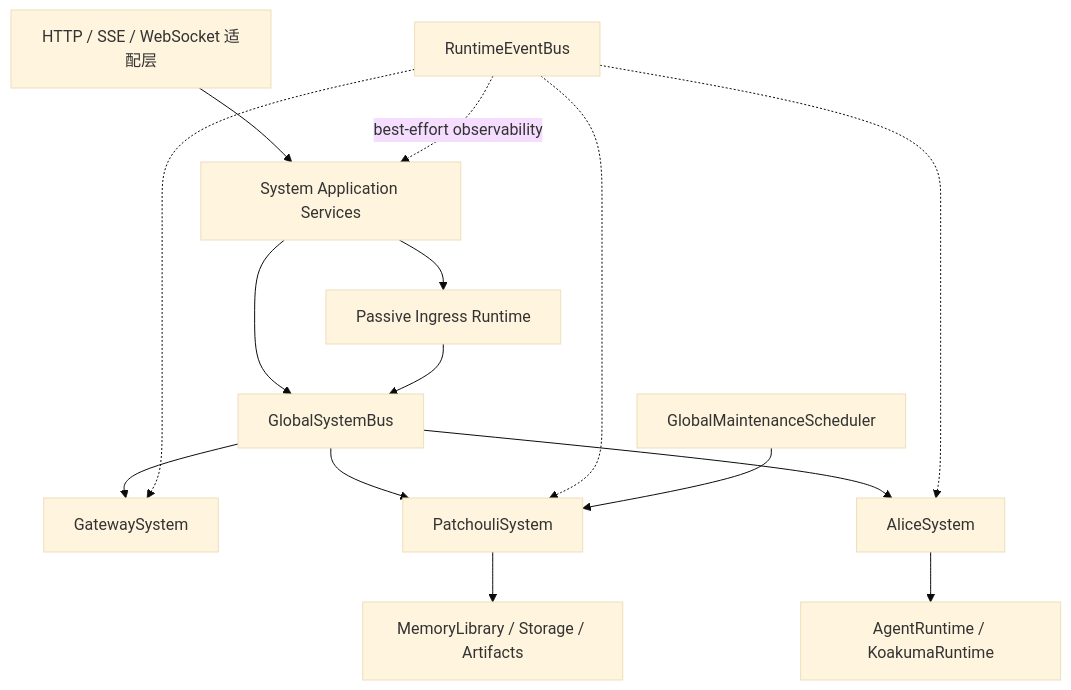
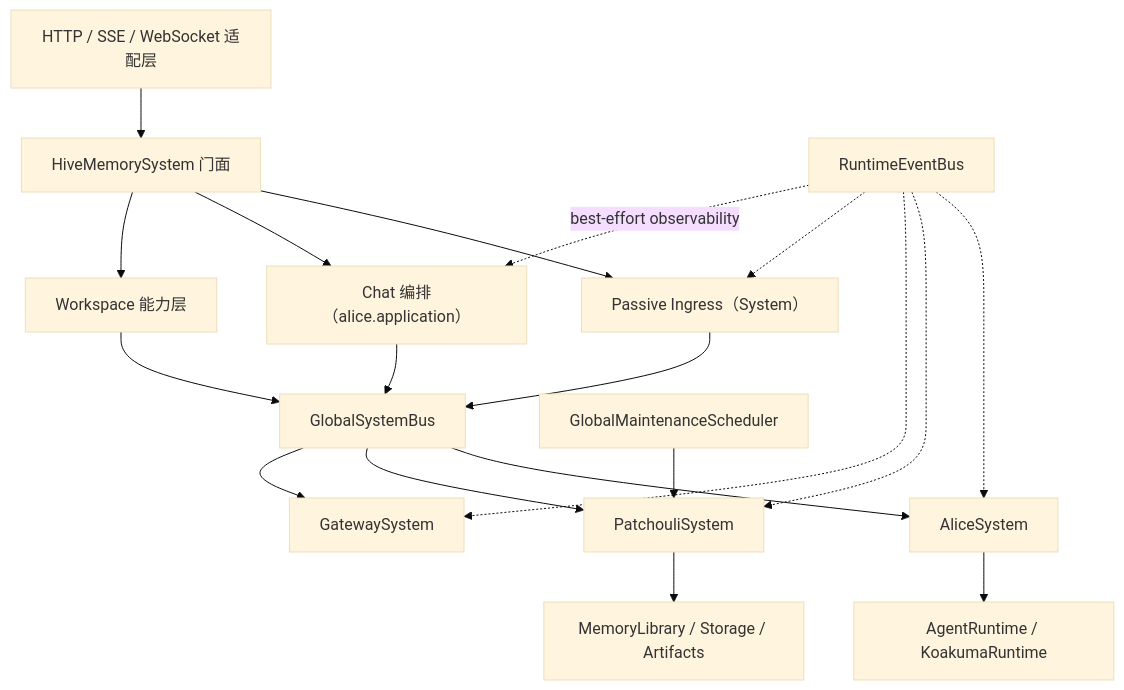
Before and after one commit to artemis03976/HiveMemory: the diagram in docs/architecture/overview.md, drawn with Mermaid (base theme). The commit also changed other lines of this file and 508 other files, not shown here.

First line of the commit message:
Feat/workspace runtime and capability (#103)

````diff
--- a/docs/architecture/overview.md
+++ b/docs/architecture/overview.md
@@ -64,21 +81,25 @@
 ```mermaid
 flowchart TB
-    API["HTTP / SSE / WebSocket 适配层"] --> APP["System Application Services"]
-    APP --> BUS["GlobalSystemBus"]
+    API["HTTP / SSE / WebSocket 适配层"] --> FACADE["HiveMemorySystem 门面"]
+    FACADE --> CAP["Workspace 能力层"]
+    FACADE --> CHAT["Chat 编排（alice.application）"]
+    CAP --> BUS["GlobalSystemBus"]
+    CHAT --> BUS
 
     BUS --> GW["GatewaySystem"]
     BUS --> PA["PatchouliSystem"]
     BUS --> AL["AliceSystem"]
 
-    APP --> PI["Passive Ingress Runtime"]
+    FACADE --> PI["Passive Ingress（System）"]
     PI --> BUS
 
     PA --> STORE["MemoryLibrary / Storage / Artifacts"]
     AL --> AR["AgentRuntime / KoakumaRuntime"]
 
-    OBS["RuntimeEventBus"] -. "best-effort observability" .-> APP
+    OBS["RuntimeEventBus"] -. "best-effort observability" .-> CHAT
+    OBS -.-> PI
     OBS -.-> GW
     OBS -.-> PA
     OBS -.-> AL
     SCH["GlobalMaintenanceScheduler"] --> PA
 ```
````
